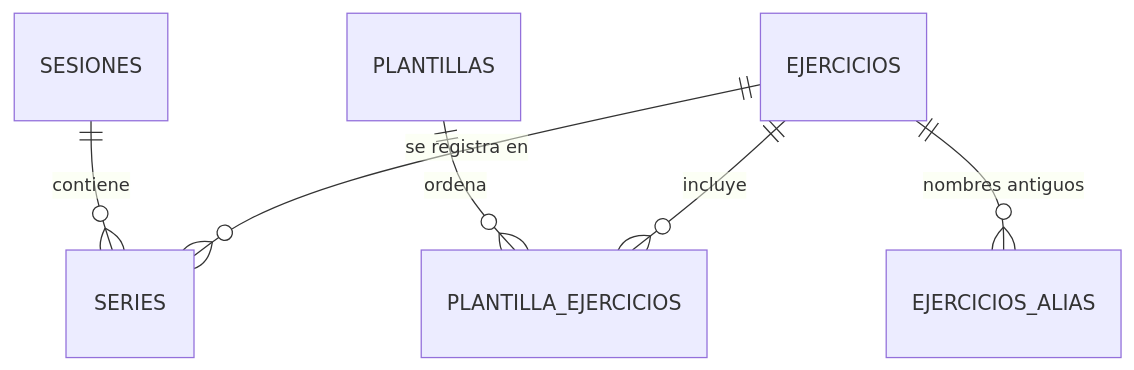
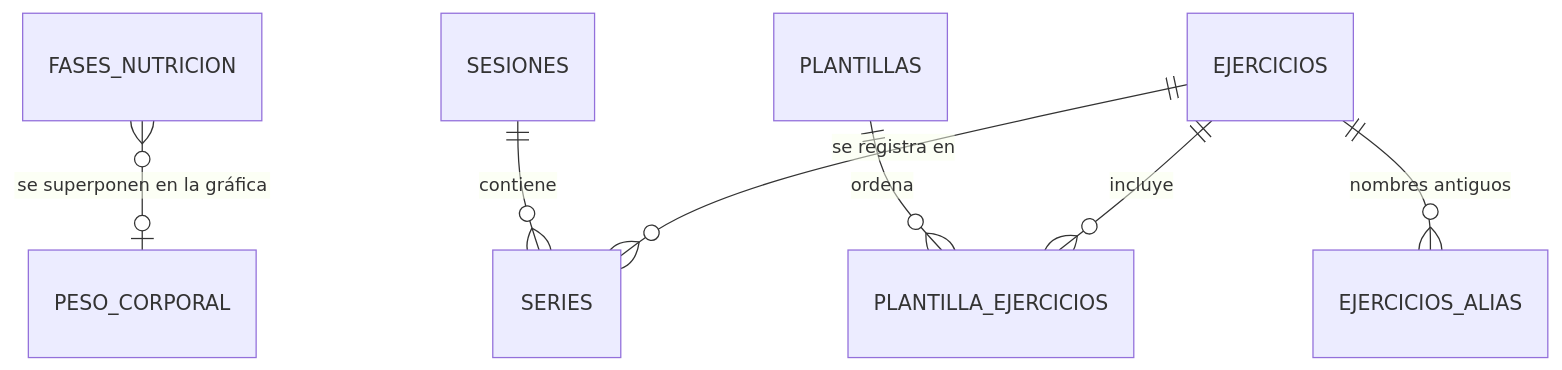
The diagram in README.md (xabii29/Gym_TrackerV2), drawn with Mermaid before and after one commit. The commit also changed other lines of this file and 11 other files, not shown here.

````diff
--- a/README.md
+++ b/README.md
@@ -29,8 +29,9 @@
 ```mermaid
 erDiagram
+    FASES_NUTRICION }o--o| PESO_CORPORAL : "se superponen en la gráfica"
     SESIONES ||--o{ SERIES : contiene
     EJERCICIOS ||--o{ SERIES : "se registra en"
     PLANTILLAS ||--o{ PLANTILLA_EJERCICIOS : ordena
     EJERCICIOS ||--o{ PLANTILLA_EJERCICIOS : incluye
     EJERCICIOS ||--o{ EJERCICIOS_ALIAS : "nombres antiguos"
 ```
````
